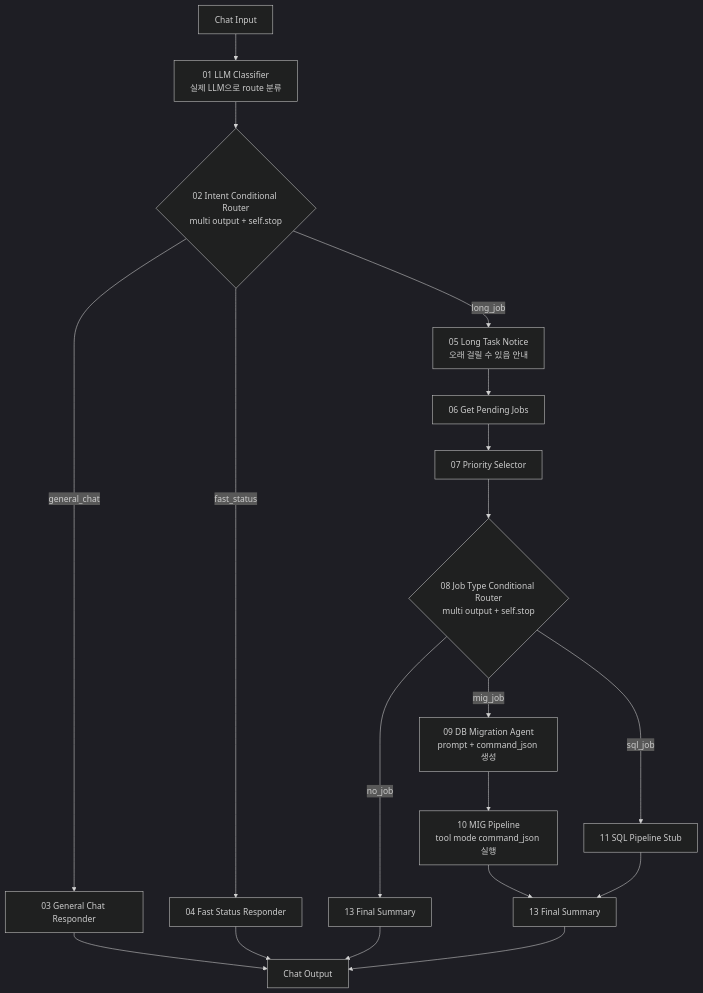
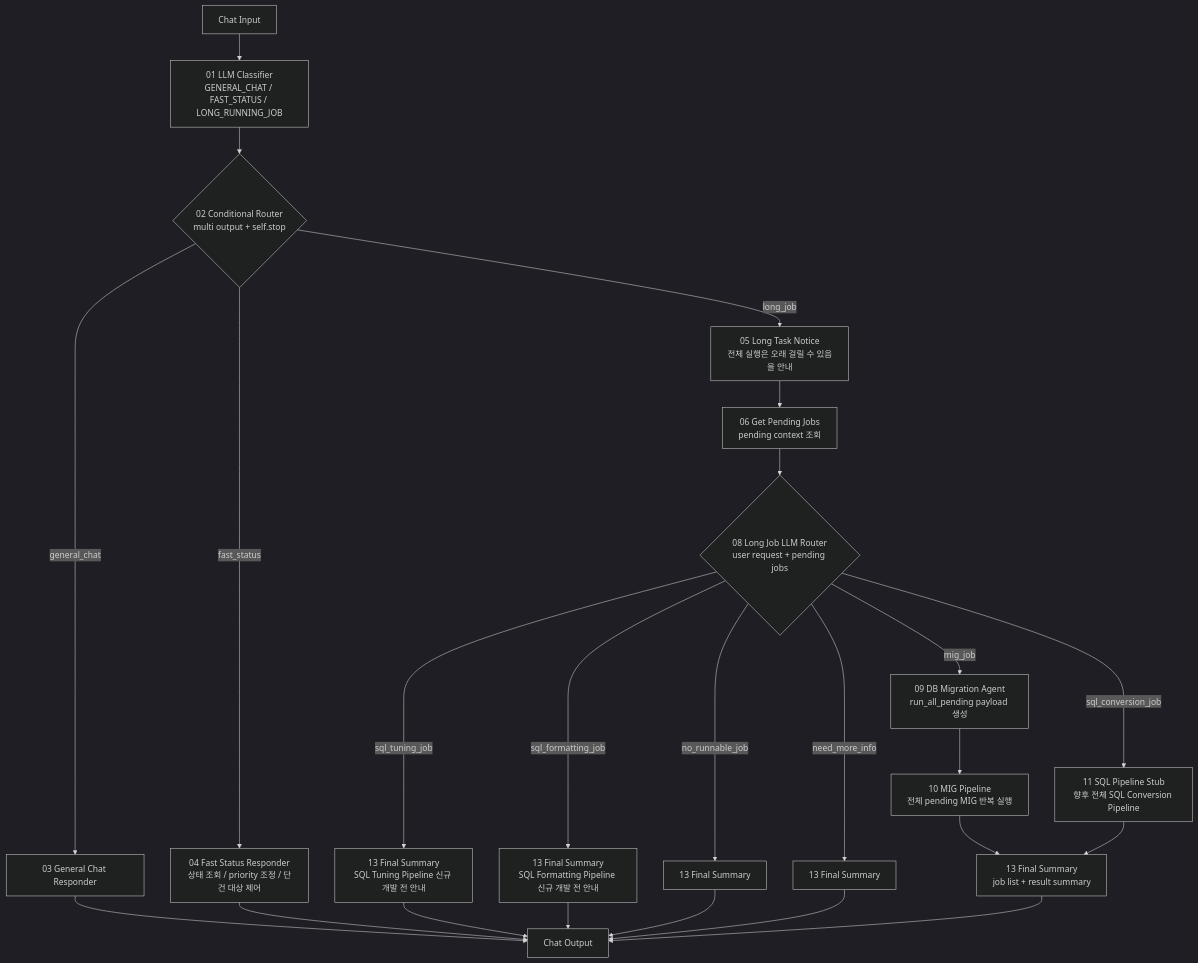
Before and after one commit to seongikjin227-jpg/refactoring_smartMigrate: the diagram in langflow_260819_newType/01_architecture.md, drawn with Mermaid (dark theme). The commit also changed other lines of this file and 11 other files, not shown here.

````diff
--- a/langflow_260819_newType/01_architecture.md
+++ b/langflow_260819_newType/01_architecture.md
@@ -26,26 +51,31 @@
 ```mermaid
 flowchart TD
-    A["Chat Input"] --> B["01 LLM Classifier<br/>실제 LLM으로 route 분류"]
-    B --> C{"02 Intent Conditional Router<br/>multi output + self.stop"}
+    A["Chat Input"] --> B["01 LLM Classifier<br/>GENERAL_CHAT / FAST_STATUS / LONG_RUNNING_JOB"]
+    B --> C{"02 Conditional Router<br/>multi output + self.stop"}
 
     C -->|general_chat| D["03 General Chat Responder"]
-    C -->|fast_status| E["04 Fast Status Responder"]
-    C -->|long_job| F["05 Long Task Notice<br/>오래 걸릴 수 있음 안내"]
+    C -->|fast_status| E["04 Fast Status Responder<br/>상태 조회 / priority 조정 / 단건 대상 제어"]
+    C -->|long_job| F["05 Long Task Notice<br/>전체 실행은 오래 걸릴 수 있음을 안내"]
 
-    F --> G["06 Get Pending Jobs"]
-    G --> H["07 Priority Selector"]
-    H --> I{"08 Job Type Conditional Router<br/>multi output + self.stop"}
+    F --> G["06 Get Pending Jobs<br/>pending context 조회"]
+    G --> H{"08 Long Job LLM Router<br/>user request + pending jobs"}
 
-    I -->|mig_job| J["09 DB Migration Agent<br/>prompt + command_json 생성"]
-    I -->|sql_job| K["11 SQL Pipeline Stub"]
-    I -->|no_job| L["13 Final Summary"]
+    H -->|mig_job| I["09 DB Migration Agent<br/>run_all_pending payload 생성"]
+    H -->|sql_conversion_job| J["11 SQL Pipeline Stub<br/>향후 전체 SQL Conversion Pipeline"]
+    H -->|sql_tuning_job| K["13 Final Summary<br/>SQL Tuning Pipeline 신규 개발 전 안내"]
+    H -->|sql_formatting_job| L["13 Final Summary<br/>SQL Formatting Pipeline 신규 개발 전 안내"]
+    H -->|no_runnable_job| M["13 Final Summary"]
+    H -->|need_more_info| N["13 Final Summary"]
 
-    J --> M["10 MIG Pipeline<br/>tool mode command_json 실행"]
-    M --> N["13 Final Summary"]
-    K --> N
+    I --> O["10 MIG Pipeline<br/>전체 pending MIG 반복 실행"]
+    O --> P["13 Final Summary<br/>job list + result summary"]
+    J --> P
 
     D --> Z["Chat Output"]
     E --> Z
+    K --> Z
     L --> Z
+    M --> Z
     N --> Z
+    P --> Z
 ```
````
